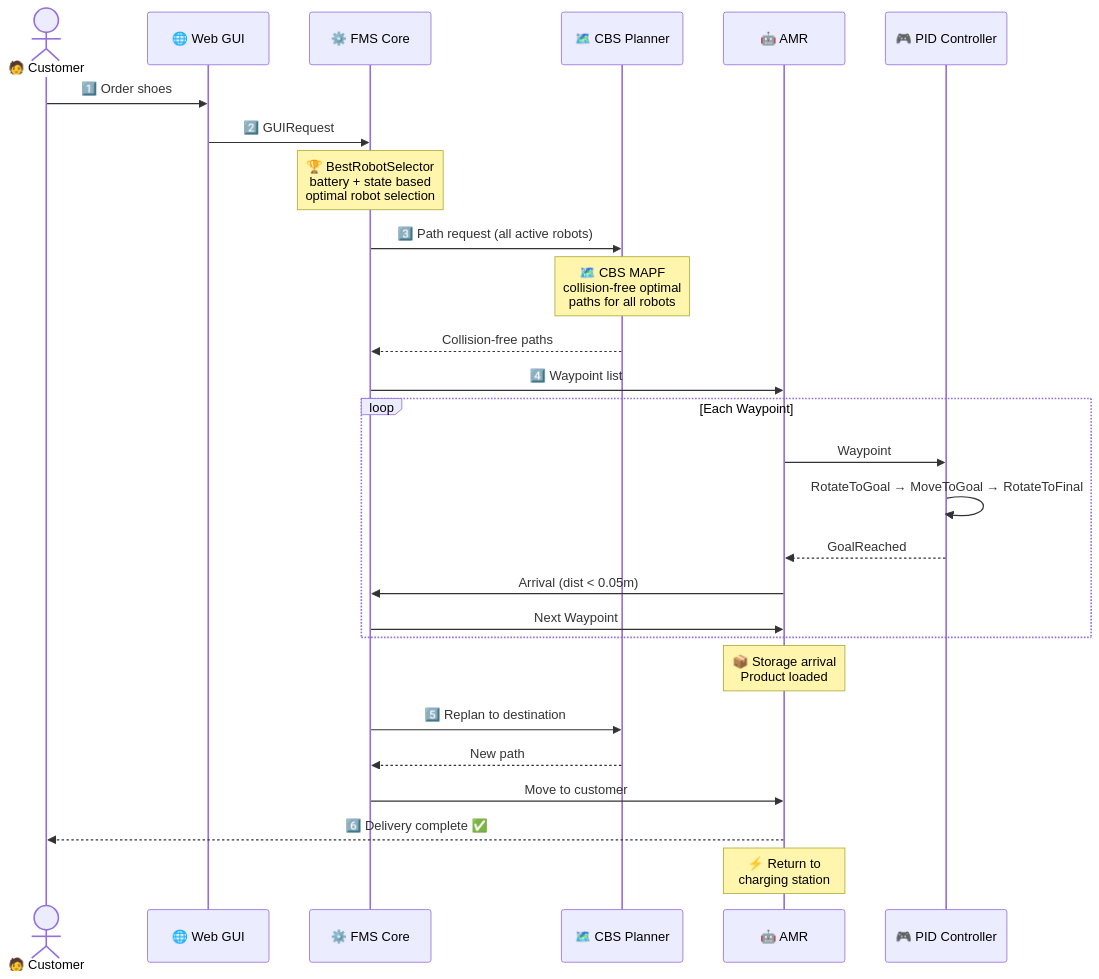
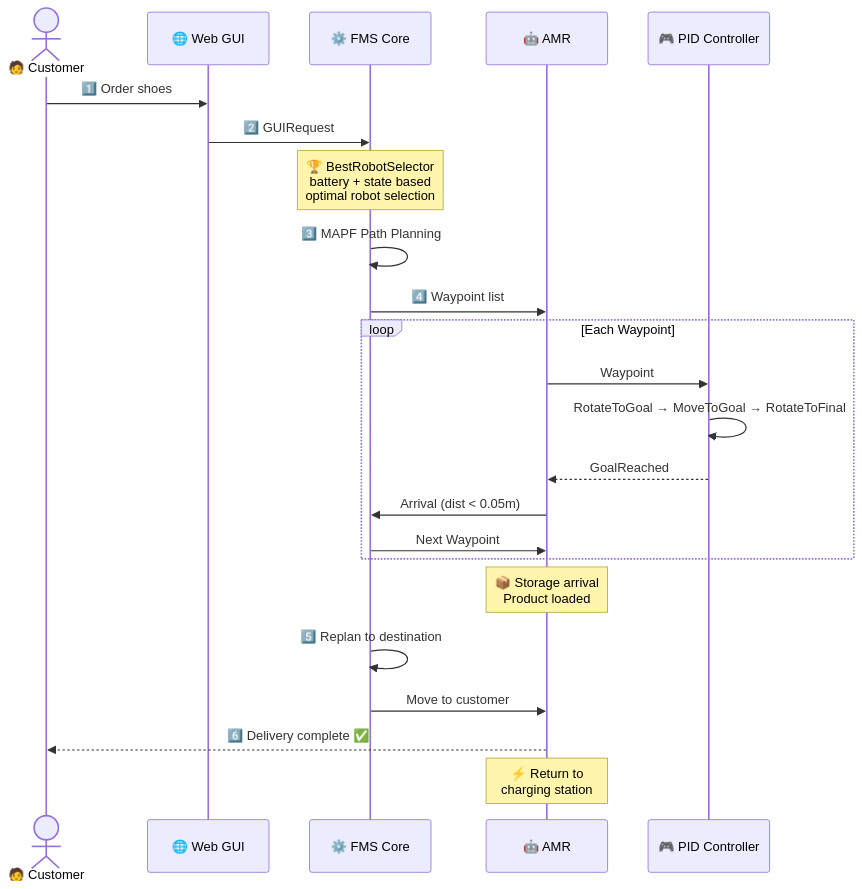
Before and after one commit to lee6147/lee6147: the first of 7 diagrams in README.md, drawn with Mermaid. The commit also changed other lines of this file, not shown here.

First line of the commit message:
README 정리: CBS/C++ 코드 제거, 깨진 이미지 수정, 시각 효과 정리

````diff
--- a/README.md
+++ b/README.md
@@ -605,39 +319,33 @@
 ```mermaid
 sequenceDiagram
     actor C as 🧑 Customer
     participant W as 🌐 Web GUI
     participant F as ⚙️ FMS Core
-    participant CBS as 🗺️ CBS Planner
     participant AMR as 🤖 AMR
     participant PID as 🎮 PID Controller
 
     C->>W: 1️⃣ Order shoes
     W->>F: 2️⃣ GUIRequest
 
     Note over F: 🏆 BestRobotSelector<br/>battery + state based<br/>optimal robot selection
 
-    F->>CBS: 3️⃣ Path request (all active robots)
-
-    Note over CBS: 🗺️ CBS MAPF<br/>collision-free optimal<br/>paths for all robots
-
-    CBS-->>F: Collision-free paths
+    F->>F: 3️⃣ MAPF Path Planning
     F->>AMR: 4️⃣ Waypoint list
 
     loop Each Waypoint
         AMR->>PID: Waypoint
         PID->>PID: RotateToGoal → MoveToGoal → RotateToFinal
         PID-->>AMR: GoalReached
         AMR->>F: Arrival (dist < 0.05m)
         F->>AMR: Next Waypoint
     end
 
     Note over AMR: 📦 Storage arrival<br/>Product loaded
 
-    F->>CBS: 5️⃣ Replan to destination
-    CBS-->>F: New path
+    F->>F: 5️⃣ Replan to destination
     F->>AMR: Move to customer
 
     AMR-->>C: 6️⃣ Delivery complete ✅
 
     Note over AMR: ⚡ Return to<br/>charging station
 ```
````
